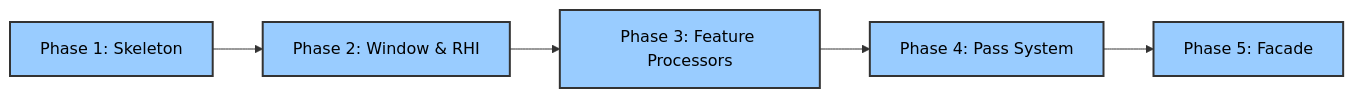
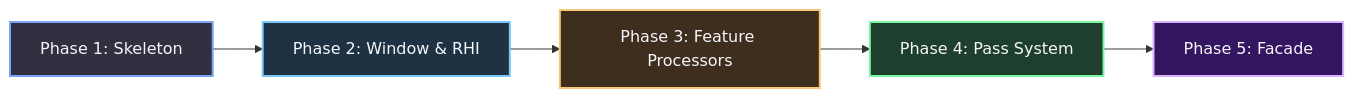
Before and after one commit to Astin-A/the-workshop: the third of 3 diagrams in content/Engine shit/O3DE/Atomic/1 Architectural Decoupling & Usability Overhaul.md, drawn with Mermaid. The commit also changed other lines of this file and 24 other files, not shown here.

````diff
--- a/content/Engine shit/O3DE/Atomic/1 Architectural Decoupling & Usability Overhaul.md
+++ b/content/Engine shit/O3DE/Atomic/1 Architectural Decoupling & Usability Overhaul.md
@@ -210,14 +213,19 @@
 ```mermaid
-%%{init: {'theme': 'base', 'themeVariables': { 'primaryTextColor': '#000000', 'textColor': '#000000', 'lineColor': '#333333' }}}%%
 graph LR
     A[Phase 1: Skeleton] --> B[Phase 2: Window & RHI]
     B --> C[Phase 3: Feature Processors]
     C --> D[Phase 4: Pass System]
     D --> E[Phase 5: Facade]
 
-    style A fill:#9cf,stroke:#333,stroke-width:2px,color:#000
-    style B fill:#9cf,stroke:#333,stroke-width:2px,color:#000
-    style C fill:#9cf,stroke:#333,stroke-width:2px,color:#000
-    style D fill:#9cf,stroke:#333,stroke-width:2px,color:#000
-    style E fill:#9cf,stroke:#333,stroke-width:2px,color:#000
+    classDef default fill:#303040,stroke:#7aa2f7,stroke-width:2px,color:#f5f5fa;
+    classDef info fill:#1e3244,stroke:#7ac7f7,stroke-width:2px,color:#f5f5fa;
+    classDef warning fill:#3e2e1e,stroke:#f7c87a,stroke-width:2px,color:#f5f5fa;
+    classDef success fill:#1e3f2e,stroke:#7af7a2,stroke-width:2px,color:#f5f5fa;
+    classDef highlight fill:#341660,stroke:#d8b4fe,stroke-width:2px,color:#f5f5fa;
+
+    class A default;
+    class B info;
+    class C warning;
+    class D success;
+    class E highlight;
 ```
````
